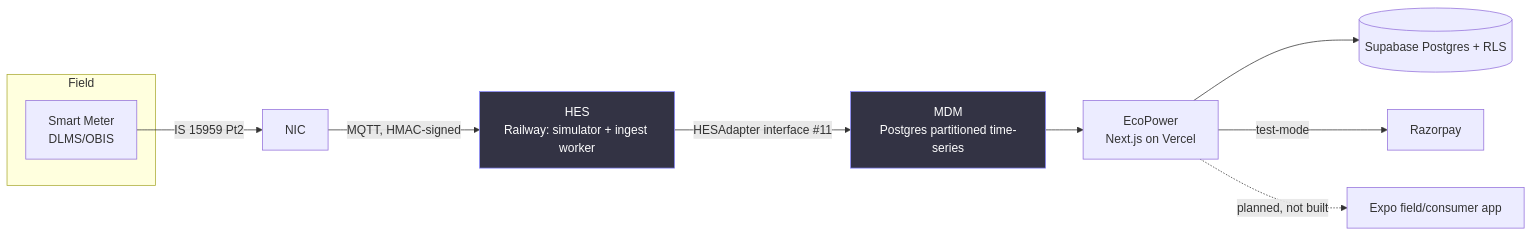
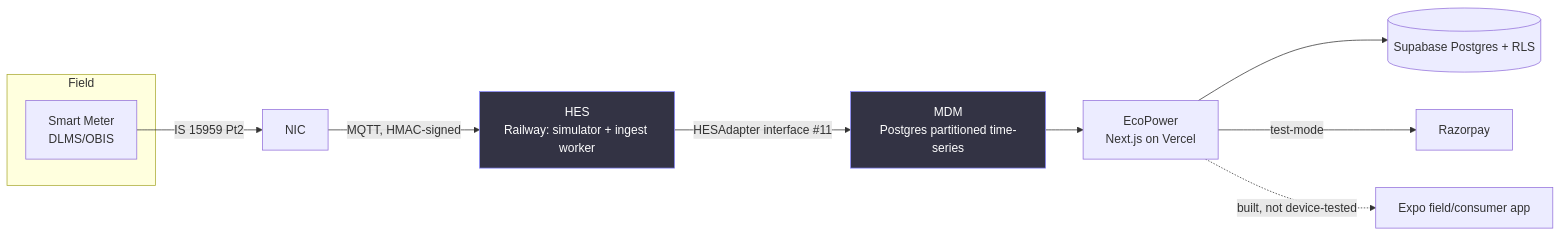
The first of 2 diagrams in docs/ARCHITECTURE.md (neevmodh/EcoPower3.0), drawn with Mermaid before and after one commit. The commit also changed other lines of this file and 4 other files, not shown here.

````diff
--- a/docs/ARCHITECTURE.md
+++ b/docs/ARCHITECTURE.md
@@ -10,16 +10,16 @@
 ```mermaid
 flowchart LR
     subgraph Field
         M[Smart Meter<br/>DLMS/OBIS]
     end
     M -->|IS 15959 Pt2| NIC[NIC]
     NIC -->|MQTT, HMAC-signed| HES[HES<br/>Railway: simulator + ingest worker]
     HES -->|HESAdapter interface #11| MDM[MDM<br/>Postgres partitioned time-series]
     MDM --> APP[EcoPower<br/>Next.js on Vercel]
     APP --> RLS[(Supabase Postgres + RLS)]
     APP -->|test-mode| PAY[Razorpay]
-    APP -.->|planned, not built| MOBILE[Expo field/consumer app]
+    APP -.->|built, not device-tested| MOBILE[Expo field/consumer app]
 
     style HES fill:#334,stroke:#88f,color:#fff
     style MDM fill:#334,stroke:#88f,color:#fff
 ```
````
